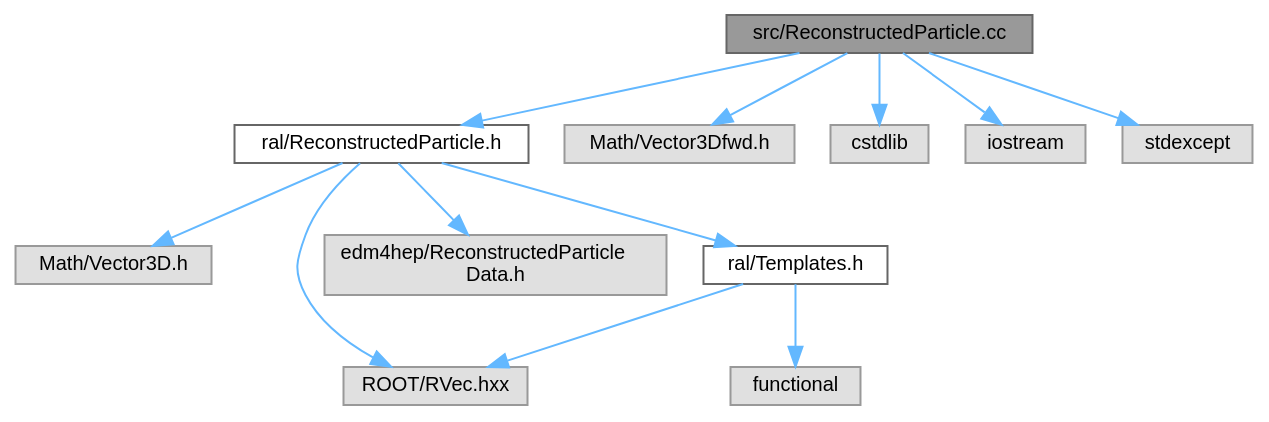
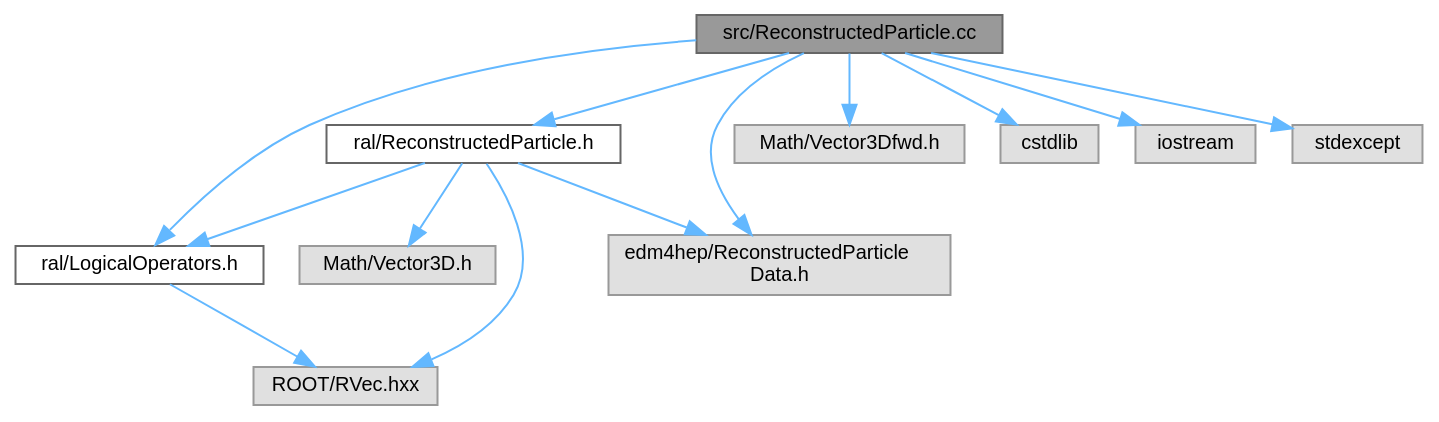
The diagram in docs/ReconstructedParticle_8cc__incl.dot (Juanki0396/ral), drawn with Graphviz before and after one commit. The commit also changed 61 other files, not shown here.

```diff
--- a/docs/ReconstructedParticle_8cc__incl.dot
+++ b/docs/ReconstructedParticle_8cc__incl.dot
@@ -1,29 +1,29 @@
 digraph "src/ReconstructedParticle.cc"
 {
  // LATEX_PDF_SIZE
   bgcolor="transparent";
   edge [fontname=Helvetica,fontsize=10,labelfontname=Helvetica,labelfontsize=10];
   node [fontname=Helvetica,fontsize=10,shape=box,height=0.2,width=0.4];
   Node1 [id="Node000001",label="src/ReconstructedParticle.cc",height=0.2,width=0.4,color="gray40", fillcolor="grey60", style="filled", fontcolor="black",tooltip=" "];
   Node1 -> Node2 [id="edge1_Node000001_Node000002",color="steelblue1",style="solid",tooltip=" "];
   Node2 [id="Node000002",label="ral/ReconstructedParticle.h",height=0.2,width=0.4,color="grey40", fillcolor="white", style="filled",URL="$ReconstructedParticle_8h.html",tooltip=" "];
   Node2 -> Node3 [id="edge2_Node000002_Node000003",color="steelblue1",style="solid",tooltip=" "];
   Node3 [id="Node000003",label="Math/Vector3D.h",height=0.2,width=0.4,color="grey60", fillcolor="#E0E0E0", style="filled",tooltip=" "];
   Node2 -> Node4 [id="edge3_Node000002_Node000004",color="steelblue1",style="solid",tooltip=" "];
-  Node4 [id="Node000004",label="ROOT/RVec.hxx",height=0.2,width=0.4,color="grey60", fillcolor="#E0E0E0", style="filled",tooltip=" "];
-  Node2 -> Node5 [id="edge4_Node000002_Node000005",color="steelblue1",style="solid",tooltip=" "];
-  Node5 [id="Node000005",label="edm4hep/ReconstructedParticle\lData.h",height=0.2,width=0.4,color="grey60", fillcolor="#E0E0E0", style="filled",tooltip=" "];
-  Node2 -> Node6 [id="edge5_Node000002_Node000006",color="steelblue1",style="solid",tooltip=" "];
-  Node6 [id="Node000006",label="ral/Templates.h",height=0.2,width=0.4,color="grey40", fillcolor="white", style="filled",URL="$Templates_8h.html",tooltip=" "];
-  Node6 -> Node7 [id="edge6_Node000006_Node000007",color="steelblue1",style="solid",tooltip=" "];
-  Node7 [id="Node000007",label="functional",height=0.2,width=0.4,color="grey60", fillcolor="#E0E0E0", style="filled",tooltip=" "];
-  Node6 -> Node4 [id="edge7_Node000006_Node000004",color="steelblue1",style="solid",tooltip=" "];
-  Node1 -> Node8 [id="edge8_Node000001_Node000008",color="steelblue1",style="solid",tooltip=" "];
-  Node8 [id="Node000008",label="Math/Vector3Dfwd.h",height=0.2,width=0.4,color="grey60", fillcolor="#E0E0E0", style="filled",tooltip=" "];
-  Node1 -> Node9 [id="edge9_Node000001_Node000009",color="steelblue1",style="solid",tooltip=" "];
-  Node9 [id="Node000009",label="cstdlib",height=0.2,width=0.4,color="grey60", fillcolor="#E0E0E0", style="filled",tooltip=" "];
-  Node1 -> Node10 [id="edge10_Node000001_Node000010",color="steelblue1",style="solid",tooltip=" "];
-  Node10 [id="Node000010",label="iostream",height=0.2,width=0.4,color="grey60", fillcolor="#E0E0E0", style="filled",tooltip=" "];
-  Node1 -> Node11 [id="edge11_Node000001_Node000011",color="steelblue1",style="solid",tooltip=" "];
-  Node11 [id="Node000011",label="stdexcept",height=0.2,width=0.4,color="grey60", fillcolor="#E0E0E0", style="filled",tooltip=" "];
+  Node4 [id="Node000004",label="ral/LogicalOperators.h",height=0.2,width=0.4,color="grey40", fillcolor="white", style="filled",URL="$LogicalOperators_8h.html",tooltip=" "];
+  Node4 -> Node5 [id="edge4_Node000004_Node000005",color="steelblue1",style="solid",tooltip=" "];
+  Node5 [id="Node000005",label="ROOT/RVec.hxx",height=0.2,width=0.4,color="grey60", fillcolor="#E0E0E0", style="filled",tooltip=" "];
+  Node2 -> Node5 [id="edge5_Node000002_Node000005",color="steelblue1",style="solid",tooltip=" "];
+  Node2 -> Node6 [id="edge6_Node000002_Node000006",color="steelblue1",style="solid",tooltip=" "];
+  Node6 [id="Node000006",label="edm4hep/ReconstructedParticle\lData.h",height=0.2,width=0.4,color="grey60", fillcolor="#E0E0E0", style="filled",tooltip=" "];
+  Node1 -> Node4 [id="edge7_Node000001_Node000004",color="steelblue1",style="solid",tooltip=" "];
+  Node1 -> Node7 [id="edge8_Node000001_Node000007",color="steelblue1",style="solid",tooltip=" "];
+  Node7 [id="Node000007",label="Math/Vector3Dfwd.h",height=0.2,width=0.4,color="grey60", fillcolor="#E0E0E0", style="filled",tooltip=" "];
+  Node1 -> Node8 [id="edge9_Node000001_Node000008",color="steelblue1",style="solid",tooltip=" "];
+  Node8 [id="Node000008",label="cstdlib",height=0.2,width=0.4,color="grey60", fillcolor="#E0E0E0", style="filled",tooltip=" "];
+  Node1 -> Node6 [id="edge10_Node000001_Node000006",color="steelblue1",style="solid",tooltip=" "];
+  Node1 -> Node9 [id="edge11_Node000001_Node000009",color="steelblue1",style="solid",tooltip=" "];
+  Node9 [id="Node000009",label="iostream",height=0.2,width=0.4,color="grey60", fillcolor="#E0E0E0", style="filled",tooltip=" "];
+  Node1 -> Node10 [id="edge12_Node000001_Node000010",color="steelblue1",style="solid",tooltip=" "];
+  Node10 [id="Node000010",label="stdexcept",height=0.2,width=0.4,color="grey60", fillcolor="#E0E0E0", style="filled",tooltip=" "];
 }
```
